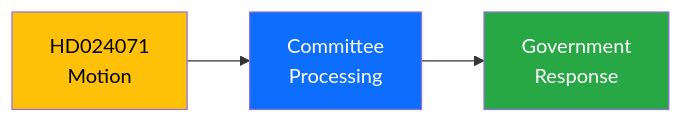
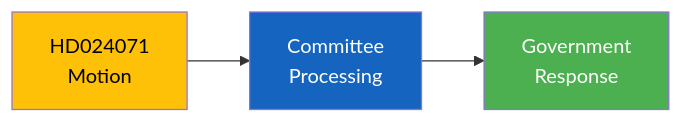
Before and after one commit to Hack23/riksdagsmonitor: the diagram in analysis/daily/2026-04-08/evening-analysis-2/documents/hd024071-analysis.md, drawn with Mermaid. The commit also changed 785 other files, not shown here.

First line of the commit message:
Normalize mermaid colors across 786 analysis artifacts to ISMS Style Guide palette

````diff
--- a/analysis/daily/2026-04-08/evening-analysis-2/documents/hd024071-analysis.md
+++ b/analysis/daily/2026-04-08/evening-analysis-2/documents/hd024071-analysis.md
@@ -19,9 +19,9 @@
 ```mermaid
 graph LR
     A["HD024071<br/>Motion"] --> B["Committee<br/>Processing"]
     B --> C["Government<br/>Response"]
 
-    style A fill:#ffc107,color:#000
-    style B fill:#0d6efd,color:#fff
-    style C fill:#28a745,color:#fff
+    style A fill:#FFC107,color:#000000
+    style B fill:#1565C0,color:#FFFFFF
+    style C fill:#4CAF50,color:#FFFFFF
 ```
````
